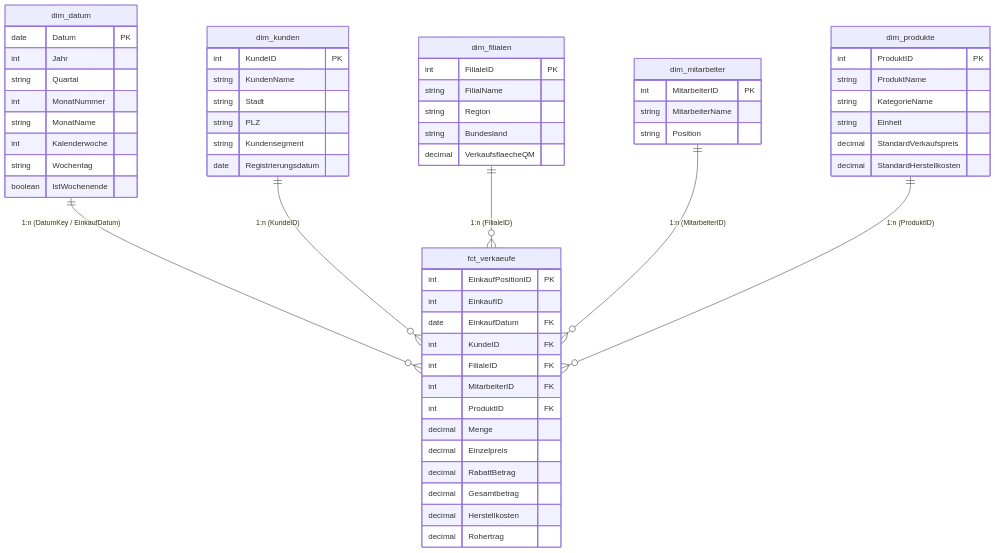
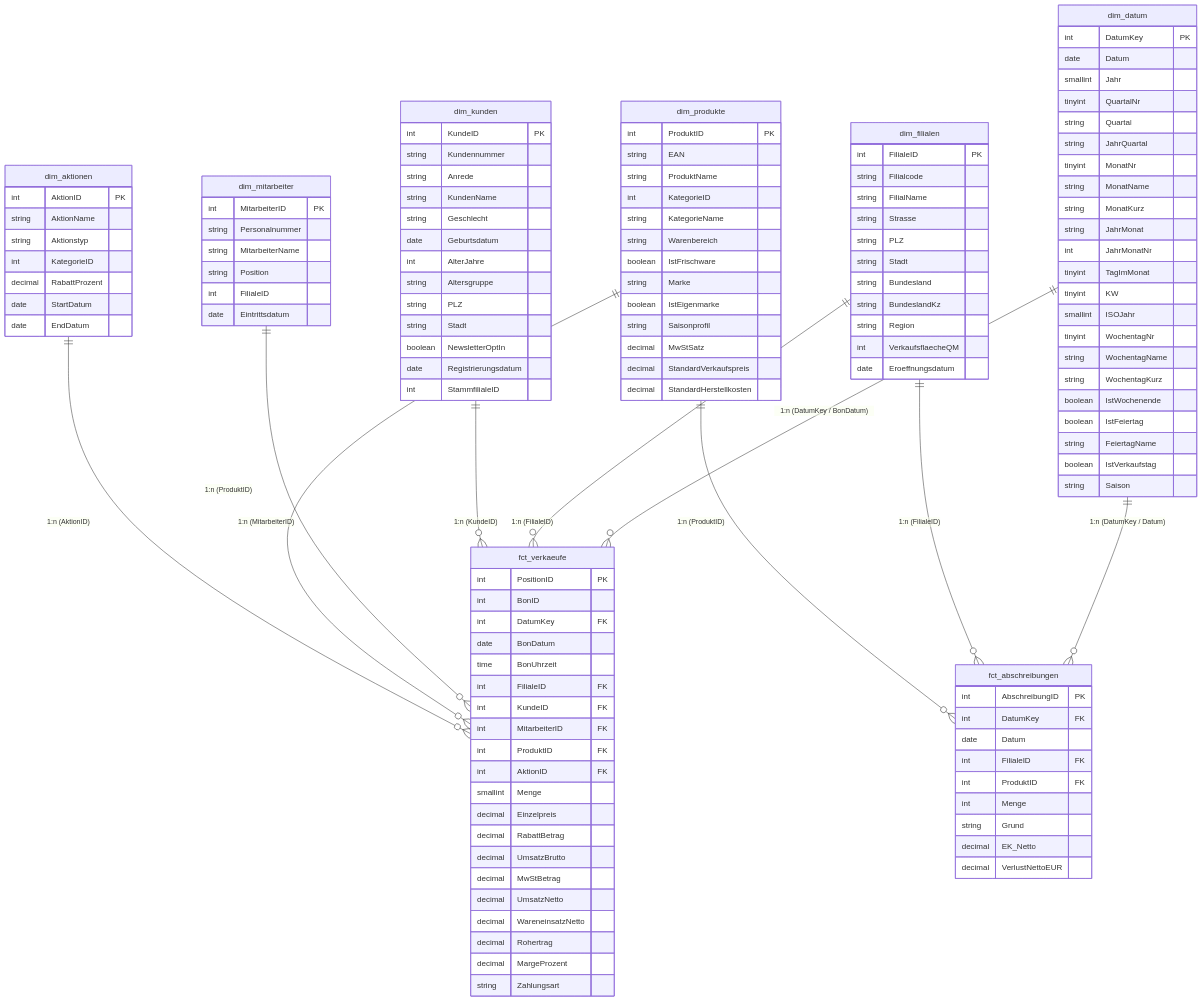
Before and after one commit to alefritz19/PowerBI-Supermarkt-Analytics: the diagram in 01_Data_Model_Architecture/01_star_schema_design.md, drawn with Mermaid. The commit also changed other lines of this file and 7 other files, not shown here.

Commit message:
feat(powerbi): scale star schema & DAX to SupermarktDWH enterprise model

````diff
--- a/01_Data_Model_Architecture/01_star_schema_design.md
+++ b/01_Data_Model_Architecture/01_star_schema_design.md
@@ -10,67 +11,137 @@
 ```mermaid
 erDiagram
-    dim_datum ||--o{ fct_verkaeufe : "1:n (DatumKey / EinkaufDatum)"
+    dim_datum ||--o{ fct_verkaeufe : "1:n (DatumKey / BonDatum)"
+    dim_datum ||--o{ fct_abschreibungen : "1:n (DatumKey / Datum)"
+    dim_filialen ||--o{ fct_verkaeufe : "1:n (FilialeID)"
+    dim_filialen ||--o{ fct_abschreibungen : "1:n (FilialeID)"
     dim_kunden ||--o{ fct_verkaeufe : "1:n (KundeID)"
-    dim_filialen ||--o{ fct_verkaeufe : "1:n (FilialeID)"
     dim_mitarbeiter ||--o{ fct_verkaeufe : "1:n (MitarbeiterID)"
     dim_produkte ||--o{ fct_verkaeufe : "1:n (ProduktID)"
+    dim_produkte ||--o{ fct_abschreibungen : "1:n (ProduktID)"
+    dim_aktionen ||--o{ fct_verkaeufe : "1:n (AktionID)"
 
     fct_verkaeufe {
-        int EinkaufPositionID PK
-        int EinkaufID
-        date EinkaufDatum FK
+        int PositionID PK
+        int BonID
+        int DatumKey FK
+        date BonDatum
+        time BonUhrzeit
+        int FilialeID FK
         int KundeID FK
-        int FilialeID FK
         int MitarbeiterID FK
         int ProduktID FK
-        decimal Menge
+        int AktionID FK
+        smallint Menge
         decimal Einzelpreis
         decimal RabattBetrag
-        decimal Gesamtbetrag
-        decimal Herstellkosten
+        decimal UmsatzBrutto
+        decimal MwStBetrag
+        decimal UmsatzNetto
+        decimal WareneinsatzNetto
         decimal Rohertrag
+        decimal MargeProzent
+        string Zahlungsart
+    }
+
+    fct_abschreibungen {
+        int AbschreibungID PK
+        int DatumKey FK
+        date Datum
+        int FilialeID FK
+        int ProduktID FK
+        int Menge
+        string Grund
+        decimal EK_Netto
+        decimal VerlustNettoEUR
     }
 
     dim_produkte {
         int ProduktID PK
+        string EAN
         string ProduktName
+        int KategorieID
         string KategorieName
-        string Einheit
+        string Warenbereich
+        boolean IstFrischware
+        string Marke
+        boolean IstEigenmarke
+        string Saisonprofil
+        decimal MwStSatz
         decimal StandardVerkaufspreis
         decimal StandardHerstellkosten
     }
 
     dim_kunden {
         int KundeID PK
+        string Kundennummer
+        string Anrede
         string KundenName
+        string Geschlecht
+        date Geburtsdatum
+        int AlterJahre
+        string Altersgruppe
+        string PLZ
         string Stadt
-        string PLZ
-        string Kundensegment
+        boolean NewsletterOptIn
         date Registrierungsdatum
+        int StammfilialeID
     }
 
     dim_filialen {
         int FilialeID PK
+        string Filialcode
         string FilialName
+        string Strasse
+        string PLZ
+        string Stadt
+        string Bundesland
+        string BundeslandKz
         string Region
-        string Bundesland
-        decimal VerkaufsflaecheQM
+        int VerkaufsflaecheQM
+        date Eroeffnungsdatum
     }
 
     dim_mitarbeiter {
         int MitarbeiterID PK
+        string Personalnummer
         string MitarbeiterName
         string Position
+        int FilialeID
+        date Eintrittsdatum
+    }
+
+    dim_aktionen {
+        int AktionID PK
+        string AktionName
+        string Aktionstyp
+        int KategorieID
+        decimal RabattProzent
+        date StartDatum
+        date EndDatum
     }
 
     dim_datum {
-        date Datum PK
-        int Jahr
+        int DatumKey PK
+        date Datum
+        smallint Jahr
+        tinyint QuartalNr
         string Quartal
-        int MonatNummer
+        string JahrQuartal
+        tinyint MonatNr
         string MonatName
-        int Kalenderwoche
-        string Wochentag
+        string MonatKurz
+        string JahrMonat
+        int JahrMonatNr
+        tinyint TagImMonat
+        tinyint KW
+        smallint ISOJahr
+        tinyint WochentagNr
+        string WochentagName
+        string WochentagKurz
         boolean IstWochenende
+        boolean IstFeiertag
+        string FeiertagName
+        boolean IstVerkaufstag
+        string Saison
     }
 ```
````
